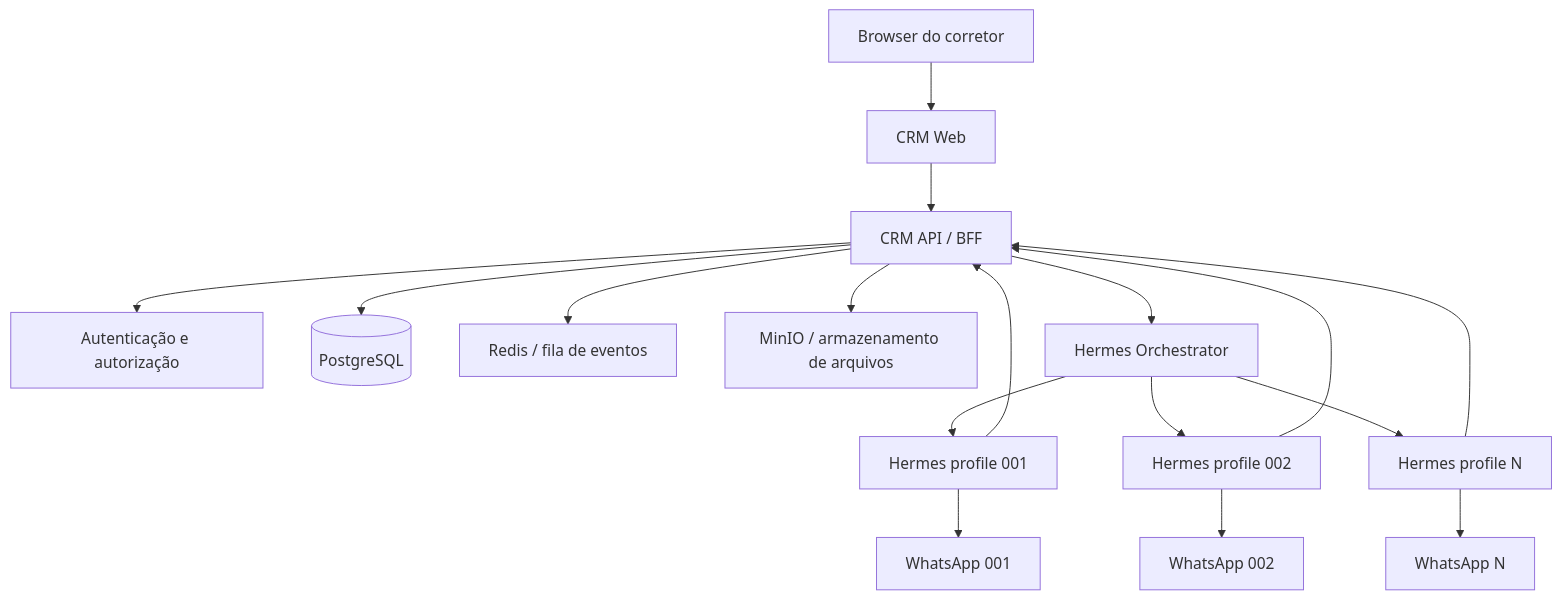
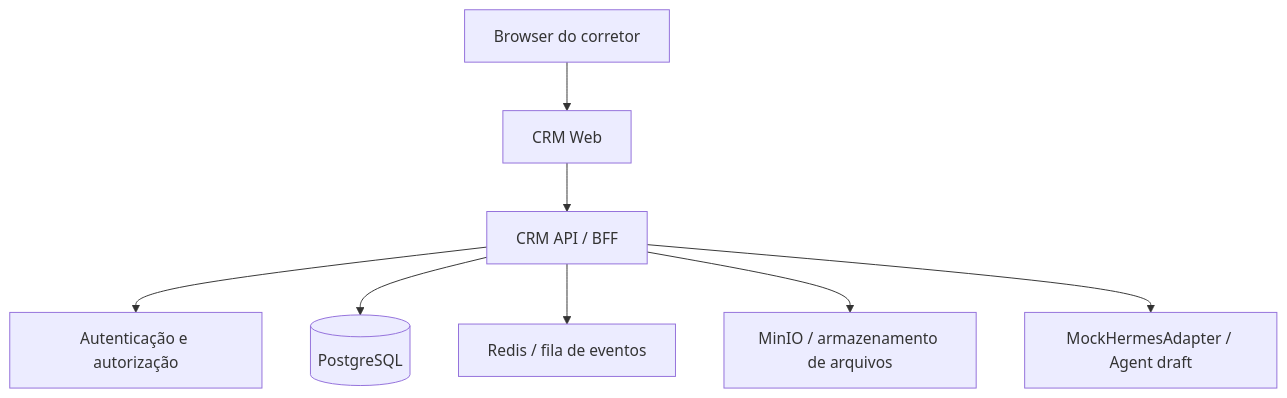
One commit to renatinhosfaria/newproject changed the diagram in docs/architecture.md. Above: the diagram before and after it, drawn with Mermaid. The commit also changed other lines of this file and 24 other files, not shown here.

````diff
--- a/docs/architecture.md
+++ b/docs/architecture.md
@@ -7,22 +14,10 @@
 ```mermaid
 flowchart TB
     Browser[Browser do corretor] --> Web[CRM Web]
     Web --> API[CRM API / BFF]
     API --> Auth[Autenticação e autorização]
     API --> DB[(PostgreSQL)]
     API --> Queue[Redis / fila de eventos]
     API --> Files[MinIO / armazenamento de arquivos]
-    API --> Orchestrator[Hermes Orchestrator]
-
-    Orchestrator --> H1[Hermes profile 001]
-    Orchestrator --> H2[Hermes profile 002]
-    Orchestrator --> HN[Hermes profile N]
-
-    H1 --> W1[WhatsApp 001]
-    H2 --> W2[WhatsApp 002]
-    HN --> WN[WhatsApp N]
-
-    H1 --> API
-    H2 --> API
-    HN --> API
+    API --> Mock[MockHermesAdapter / Agent draft]
 ```
````
